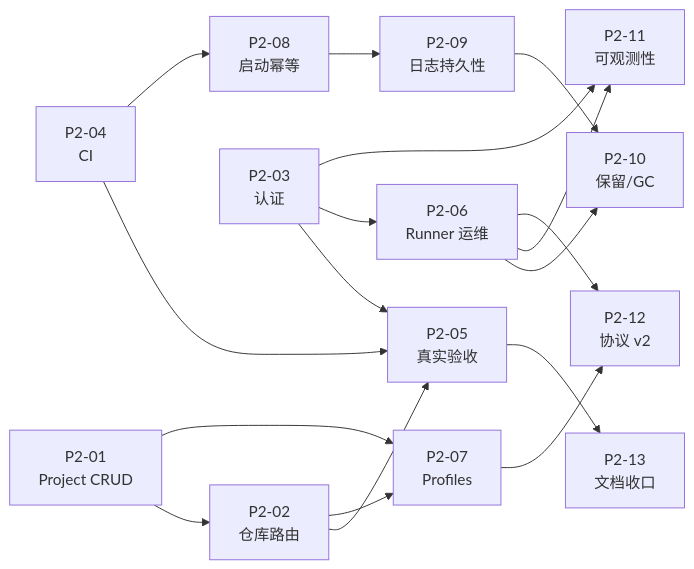
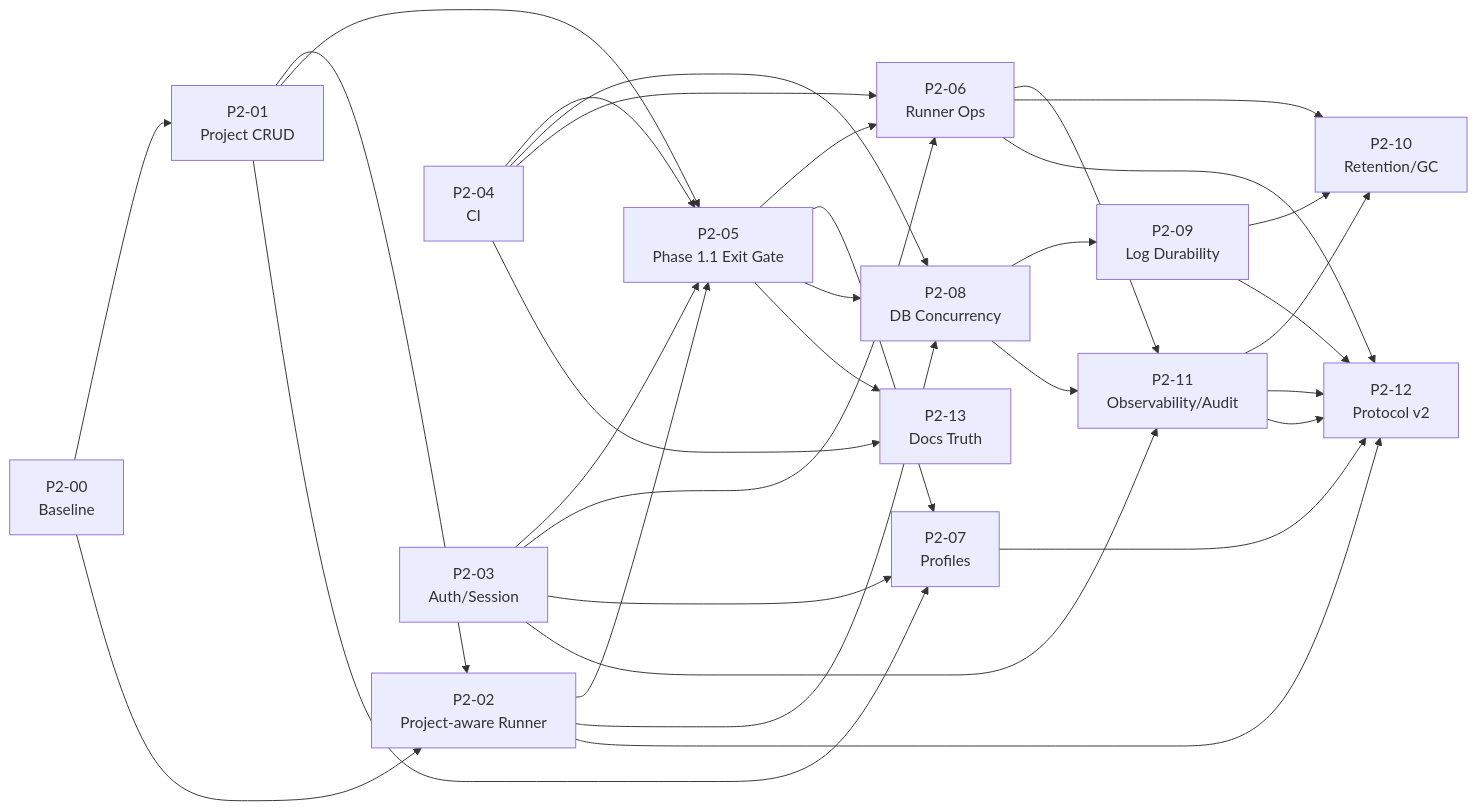
Before and after one commit to cloudyBird233/Haft: the eighth of 8 diagrams in docs/phase-2-technical-roadmap.md, drawn with Mermaid. The commit also changed other lines of this file, not shown here.

Commit message:
docs: finalize phase 2 architecture baseline and review resolution

````diff
--- a/docs/phase-2-technical-roadmap.md
+++ b/docs/phase-2-technical-roadmap.md
@@ -1128,19 +975,34 @@
 ```mermaid
 flowchart LR
-  P201["P2-01<br/>Project CRUD"] --> P202["P2-02<br/>仓库路由"]
-  P204["P2-04<br/>CI"] --> P205["P2-05<br/>真实验收"]
+  P200["P2-00<br/>Baseline"] --> P201["P2-01<br/>Project CRUD"]
+  P200 --> P202["P2-02<br/>Project-aware Runner"]
+  P204["P2-04<br/>CI"] --> P205["P2-05<br/>Phase 1.1 Exit Gate"]
+  P201 --> P202
+  P201 --> P205
   P202 --> P205
-  P203["P2-03<br/>认证"] --> P205
-  P203 --> P206["P2-06<br/>Runner 运维"]
+  P203["P2-03<br/>Auth/Session"] --> P205
+  P204 --> P208["P2-08<br/>DB Concurrency"]
+  P202 --> P208
+  P208 --> P209["P2-09<br/>Log Durability"]
+  P203 --> P206["P2-06<br/>Runner Ops"]
+  P204 --> P206
+  P205 --> P206
   P201 --> P207["P2-07<br/>Profiles"]
-  P202 --> P207
-  P204 --> P208["P2-08<br/>启动幂等"]
-  P208 --> P209["P2-09<br/>日志持久性"]
-  P206 --> P210["P2-10<br/>保留/GC"]
-  P209 --> P210
-  P203 --> P211["P2-11<br/>可观测性"]
+  P203 --> P207
+  P205 --> P207
+  P205 --> P208
+  P203 --> P211["P2-11<br/>Observability/Audit"]
   P206 --> P211
-  P206 --> P212["P2-12<br/>协议 v2"]
+  P208 --> P211
+  P206 --> P210
+  P209 --> P210["P2-10<br/>Retention/GC"]
+  P211 --> P210
+  P202 --> P212["P2-12<br/>Protocol v2"]
+  P206 --> P212
   P207 --> P212
-  P205 --> P213["P2-13<br/>文档收口"]
+  P209 --> P212
+  P211 --> P212
+  P204 --> P213
+  P205 --> P213["P2-13<br/>Docs Truth"]
+  P211 --> P212
 ```
````
